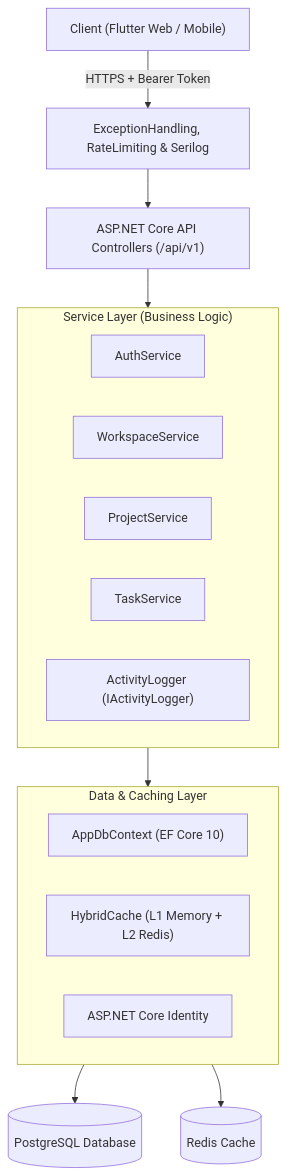
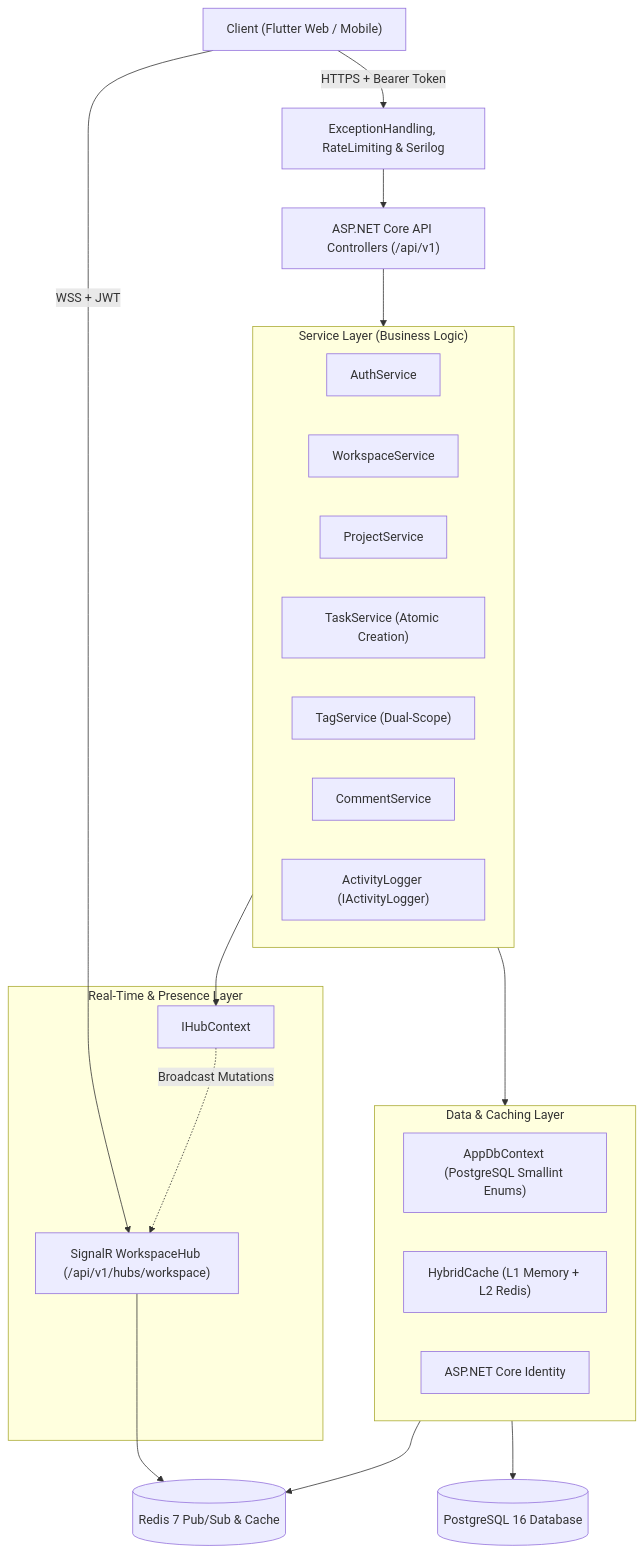
The first of 3 diagrams in docs/backend-architecture.md (Clark605/ProjectHub), drawn with Mermaid before and after one commit. The commit also changed other lines of this file and 8 other files, not shown here.

````diff
--- a/docs/backend-architecture.md
+++ b/docs/backend-architecture.md
@@ -11,24 +11,35 @@
 ```mermaid
 graph TD
     Client["Client (Flutter Web / Mobile)"] -->|HTTPS + Bearer Token| Middleware["ExceptionHandling, RateLimiting & Serilog"]
+    Client -->|WSS + JWT| Hub["SignalR WorkspaceHub (/api/v1/hubs/workspace)"]
     Middleware --> Controllers["ASP.NET Core API Controllers (/api/v1)"]
     
     subgraph ServiceLayer ["Service Layer (Business Logic)"]
         AuthService["AuthService"]
         WorkspaceService["WorkspaceService"]
         ProjectService["ProjectService"]
-        TaskService["TaskService"]
+        TaskService["TaskService (Atomic Creation)"]
+        TagService["TagService (Dual-Scope)"]
+        CommentService["CommentService"]
         ActivityLogger["ActivityLogger (IActivityLogger)"]
     end
     
+    subgraph RealTimeLayer ["Real-Time & Presence Layer"]
+        Hub
+        HubContext["IHubContext<WorkspaceHub>"]
+    end
+
     subgraph DataLayer ["Data & Caching Layer"]
-        DbContext["AppDbContext (EF Core 10)"]
+        DbContext["AppDbContext (PostgreSQL Smallint Enums)"]
         HybridCache["HybridCache (L1 Memory + L2 Redis)"]
         Identity["ASP.NET Core Identity"]
     end
     
     Controllers --> ServiceLayer
+    ServiceLayer --> HubContext
+    HubContext -.->|Broadcast Mutations| Hub
     ServiceLayer --> DataLayer
-    DataLayer --> Postgres[(PostgreSQL Database)]
-    DataLayer --> Redis[(Redis Cache)]
+    DataLayer --> Postgres[(PostgreSQL 16 Database)]
+    DataLayer --> Redis[(Redis 7 Pub/Sub & Cache)]
+    Hub --> Redis
 ```
````
